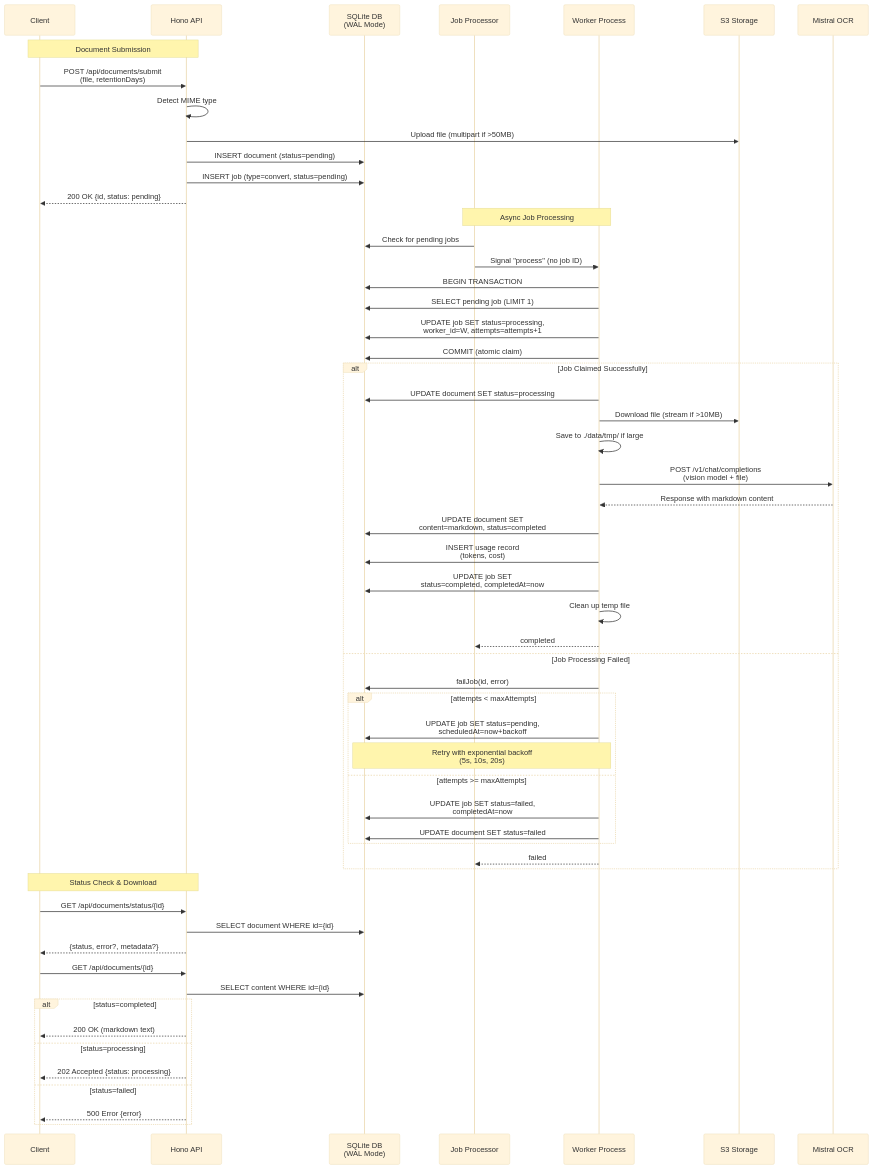
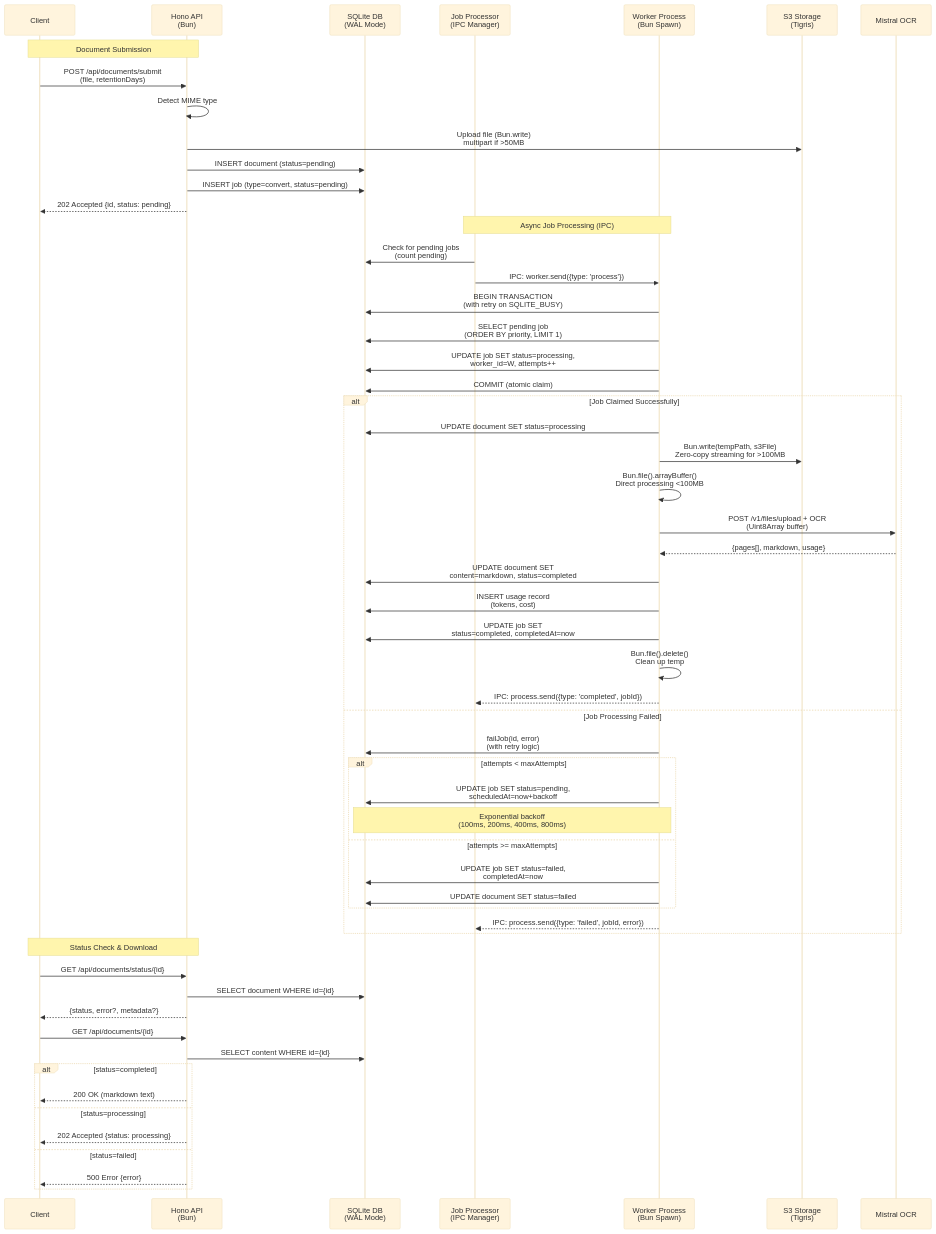
The second of 4 diagrams in README.md (tobalo/ilios), drawn with Mermaid (base theme) before and after one commit. The commit also changed other lines of this file and 11 other files, not shown here.

Commit message:
feat: enhanced IPC worker threads + jobId

````diff
--- a/README.md
+++ b/README.md
@@ -201,65 +190,65 @@
 ```mermaid
 sequenceDiagram
     participant C as Client
-    participant API as Hono API
+    participant API as Hono API<br/>(Bun)
     participant DB as SQLite DB<br/>(WAL Mode)
-    participant JP as Job Processor
-    participant W as Worker Process
-    participant S3 as S3 Storage
+    participant JP as Job Processor<br/>(IPC Manager)
+    participant W as Worker Process<br/>(Bun Spawn)
+    participant S3 as S3 Storage<br/>(Tigris)
     participant M as Mistral OCR
 
     Note over C,API: Document Submission
     C->>API: POST /api/documents/submit<br/>(file, retentionDays)
     API->>API: Detect MIME type
-    API->>S3: Upload file (multipart if >50MB)
+    API->>S3: Upload file (Bun.write)<br/>multipart if >50MB
     API->>DB: INSERT document (status=pending)
     API->>DB: INSERT job (type=convert, status=pending)
-    API-->>C: 200 OK {id, status: pending}
+    API-->>C: 202 Accepted {id, status: pending}
 
-    Note over JP,W: Async Job Processing
-    JP->>DB: Check for pending jobs
-    JP->>W: Signal "process" (no job ID)
+    Note over JP,W: Async Job Processing (IPC)
+    JP->>DB: Check for pending jobs<br/>(count pending)
+    JP->>W: IPC: worker.send({type: 'process'})
     
-    W->>DB: BEGIN TRANSACTION
-    W->>DB: SELECT pending job (LIMIT 1)
-    W->>DB: UPDATE job SET status=processing,<br/>worker_id=W, attempts=attempts+1
+    W->>DB: BEGIN TRANSACTION<br/>(with retry on SQLITE_BUSY)
+    W->>DB: SELECT pending job<br/>(ORDER BY priority, LIMIT 1)
+    W->>DB: UPDATE job SET status=processing,<br/>worker_id=W, attempts++
     W->>DB: COMMIT (atomic claim)
     
     alt Job Claimed Successfully
         W->>DB: UPDATE document SET status=processing
-        W->>S3: Download file (stream if >10MB)
-        W->>W: Save to ./data/tmp/ if large
-        W->>M: POST /v1/chat/completions<br/>(vision model + file)
-        M-->>W: Response with markdown content
+        W->>S3: Bun.write(tempPath, s3File)<br/>Zero-copy streaming for >100MB
+        W->>W: Bun.file().arrayBuffer()<br/>Direct processing <100MB
+        W->>M: POST /v1/files/upload + OCR<br/>(Uint8Array buffer)
+        M-->>W: {pages[], markdown, usage}
         W->>DB: UPDATE document SET<br/>content=markdown, status=completed
         W->>DB: INSERT usage record<br/>(tokens, cost)
         W->>DB: UPDATE job SET<br/>status=completed, completedAt=now
-        W->>W: Clean up temp file
-        W-->>JP: completed
+        W->>W: Bun.file().delete()<br/>Clean up temp
+        W-->>JP: IPC: process.send({type: 'completed', jobId})
     else Job Processing Failed
-        W->>DB: failJob(id, error)
+        W->>DB: failJob(id, error)<br/>(with retry logic)
         alt attempts < maxAttempts
             W->>DB: UPDATE job SET status=pending,<br/>scheduledAt=now+backoff
-            Note over W,DB: Retry with exponential backoff<br/>(5s, 10s, 20s)
+            Note over W,DB: Exponential backoff<br/>(100ms, 200ms, 400ms, 800ms)
         else attempts >= maxAttempts
             W->>DB: UPDATE job SET status=failed,<br/>completedAt=now
             W->>DB: UPDATE document SET status=failed
         end
-        W-->>JP: failed
+        W-->>JP: IPC: process.send({type: 'failed', jobId, error})
     end
 
     Note over C,API: Status Check & Download
     C->>API: GET /api/documents/status/{id}
     API->>DB: SELECT document WHERE id={id}
     API-->>C: {status, error?, metadata?}
 
     C->>API: GET /api/documents/{id}
     API->>DB: SELECT content WHERE id={id}
     alt status=completed
         API-->>C: 200 OK (markdown text)
     else status=processing
         API-->>C: 202 Accepted {status: processing}
     else status=failed
         API-->>C: 500 Error {error}
     end
 ```
````
